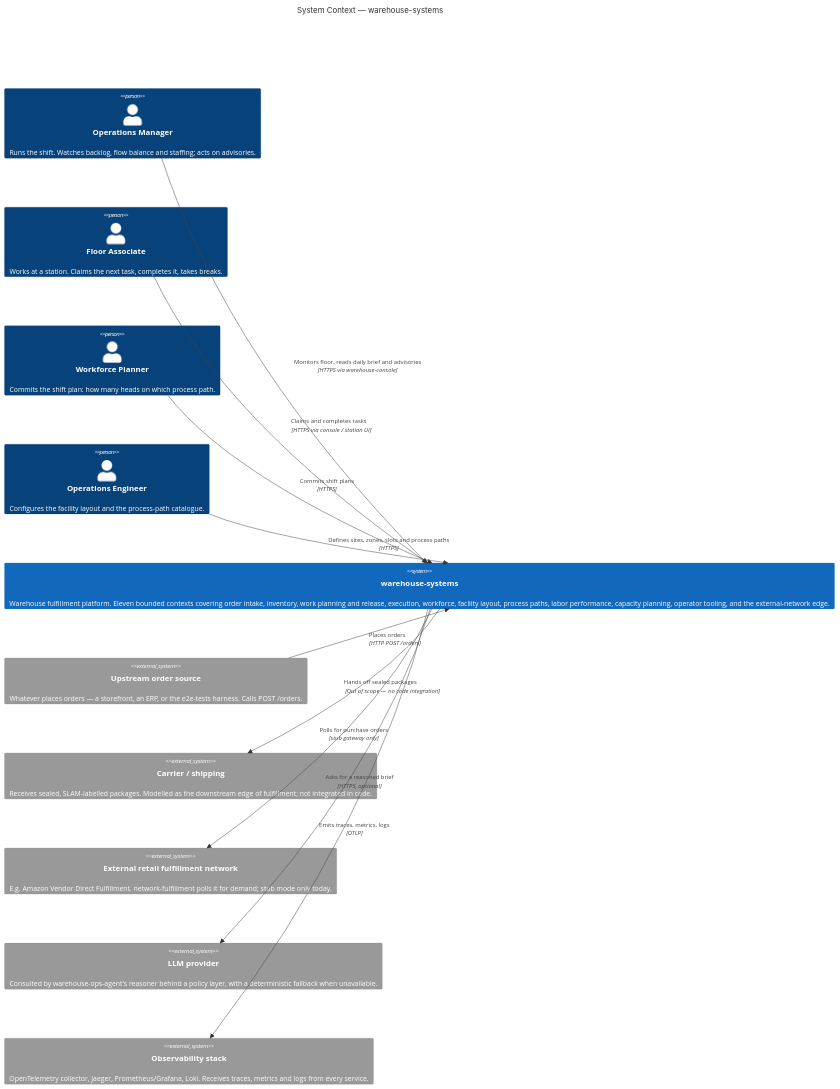
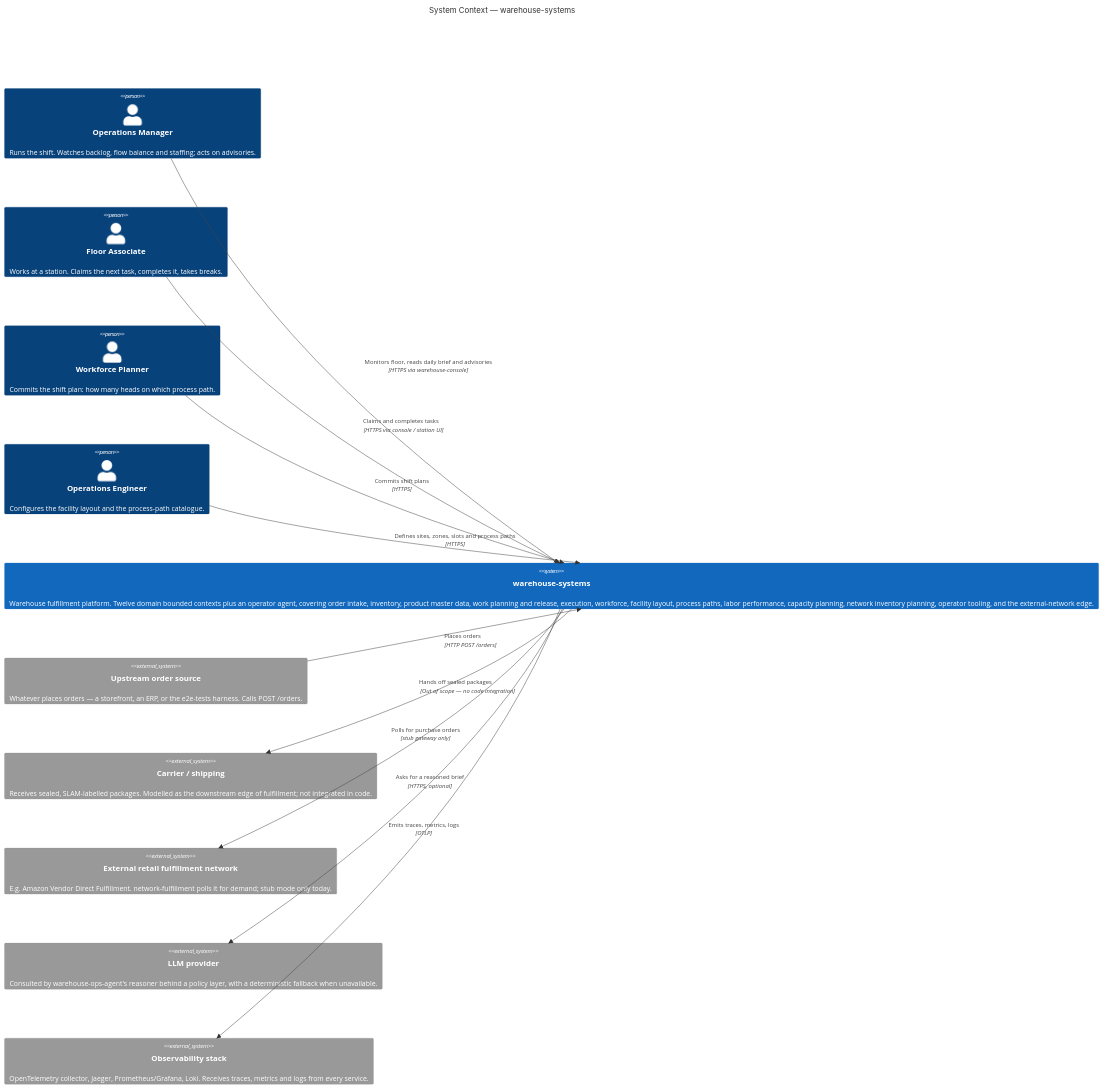
Before and after one commit to IQVO/warehouse-docs: the diagram in docs/architecture/system-context.md, drawn with Mermaid. The commit also changed 5 other files, not shown here.

First line of the commit message:
docs(architecture): product-master in containers, domain model, data models and runtime flows

````diff
--- a/docs/architecture/system-context.md
+++ b/docs/architecture/system-context.md
@@ -15,30 +15,30 @@
 ```mermaid
 C4Context
     title System Context — warehouse-systems
 
     Person(opsManager, "Operations Manager", "Runs the shift. Watches backlog, flow balance and staffing; acts on advisories.")
     Person(associate, "Floor Associate", "Works at a station. Claims the next task, completes it, takes breaks.")
     Person(planner, "Workforce Planner", "Commits the shift plan: how many heads on which process path.")
     Person(configurator, "Operations Engineer", "Configures the facility layout and the process-path catalogue.")
 
-    System(wh, "warehouse-systems", "Warehouse fulfillment platform. Eleven bounded contexts covering order intake, inventory, work planning and release, execution, workforce, facility layout, process paths, labor performance, capacity planning, operator tooling, and the external-network edge.")
+    System(wh, "warehouse-systems", "Warehouse fulfillment platform. Twelve domain bounded contexts plus an operator agent, covering order intake, inventory, product master data, work planning and release, execution, workforce, facility layout, process paths, labor performance, capacity planning, network inventory planning, operator tooling, and the external-network edge.")
 
     System_Ext(upstream, "Upstream order source", "Whatever places orders — a storefront, an ERP, or the e2e-tests harness. Calls POST /orders.")
     System_Ext(carrier, "Carrier / shipping", "Receives sealed, SLAM-labelled packages. Modelled as the downstream edge of fulfillment; not integrated in code.")
     System_Ext(network, "External retail fulfillment network", "E.g. Amazon Vendor Direct Fulfillment. network-fulfillment polls it for demand; stub mode only today.")
     System_Ext(llm, "LLM provider", "Consulted by warehouse-ops-agent's reasoner behind a policy layer, with a deterministic fallback when unavailable.")
     System_Ext(observability, "Observability stack", "OpenTelemetry collector, Jaeger, Prometheus/Grafana, Loki. Receives traces, metrics and logs from every service.")
 
     Rel(upstream, wh, "Places orders", "HTTP POST /orders")
     Rel(associate, wh, "Claims and completes tasks", "HTTPS via console / station UI")
     Rel(opsManager, wh, "Monitors floor, reads daily brief and advisories", "HTTPS via warehouse-console")
     Rel(planner, wh, "Commits shift plans", "HTTPS")
     Rel(configurator, wh, "Defines sites, zones, slots and process paths", "HTTPS")
 
     Rel(wh, network, "Polls for purchase orders", "stub gateway only")
     Rel(wh, llm, "Asks for a reasoned brief", "HTTPS, optional")
     Rel(wh, observability, "Emits traces, metrics, logs", "OTLP")
     Rel(wh, carrier, "Hands off sealed packages", "Out of scope — no code integration")
 
     UpdateLayoutConfig($c4ShapeInRow="2", $c4BoundaryInRow="1")
 ```
````
